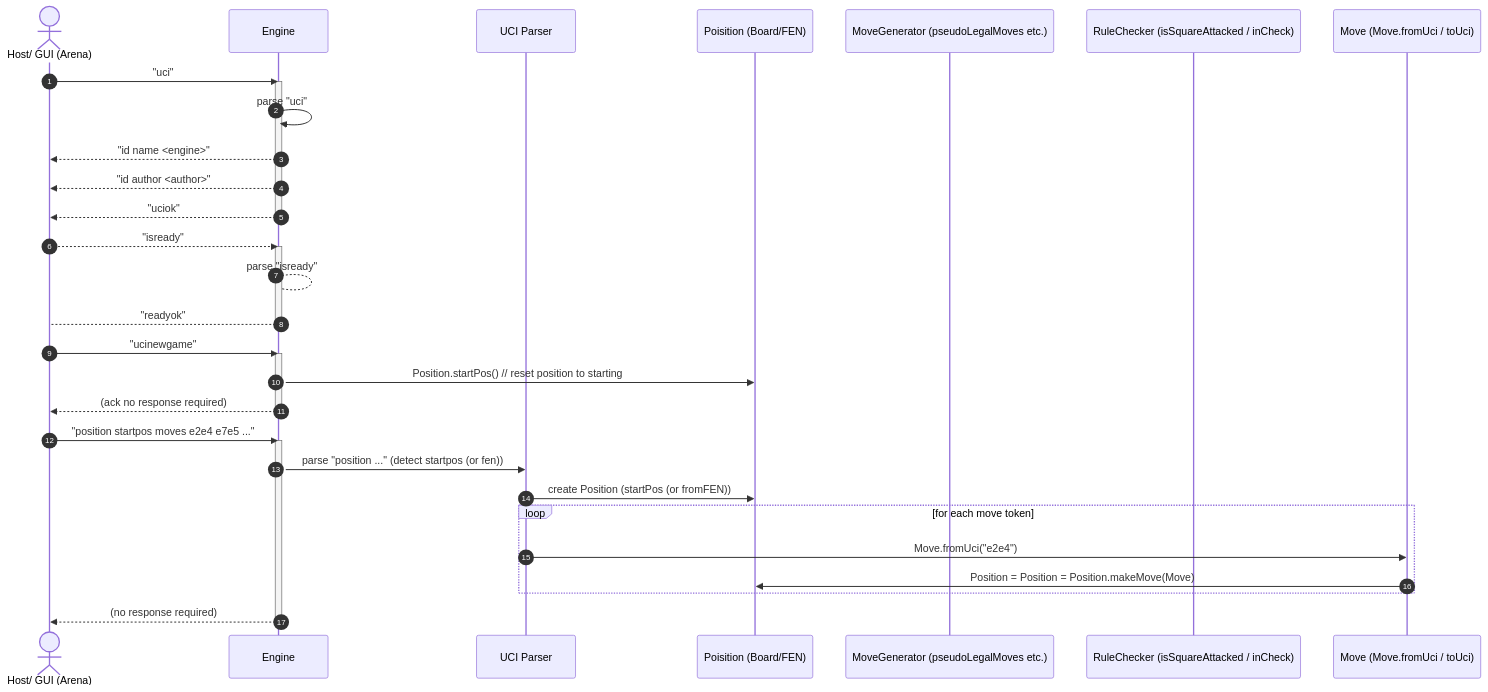
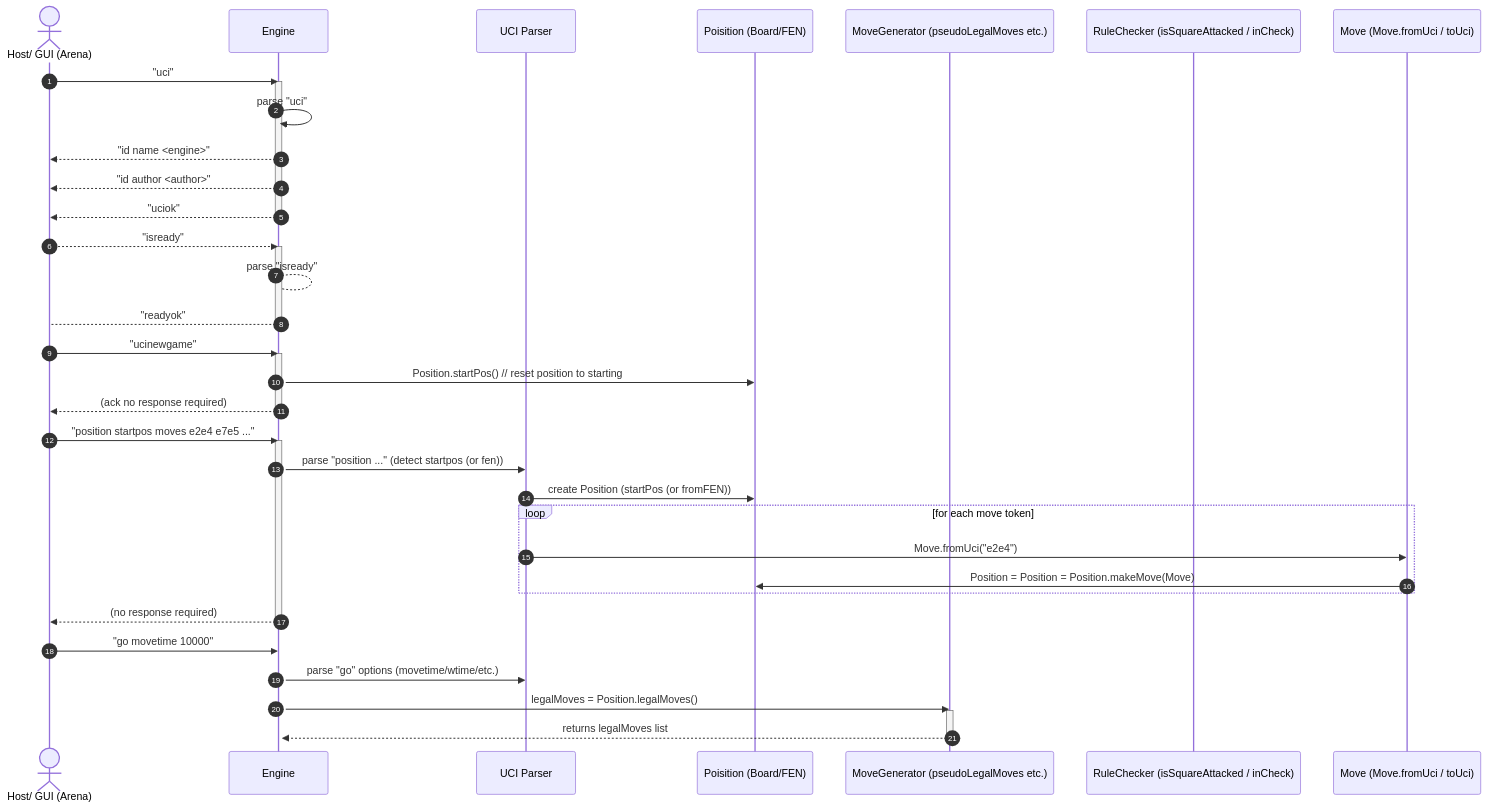
The diagram in README.md (mnavarrete347/ChessGPT4), drawn with Mermaid before and after one commit.

````diff
--- a/README.md
+++ b/README.md
@@ -6,43 +6,52 @@
 ```mermaid
 sequenceDiagram
     autonumber
     actor Host as Host/ GUI (Arena)
     participant Engine as Engine
     participant Parser as UCI Parser
     participant Position as Poisition (Board/FEN)
     participant MoveGen as MoveGenerator (pseudoLegalMoves etc.)
     participant Rule as RuleChecker (isSquareAttacked / inCheck)
     participant MoveObj as Move (Move.fromUci / toUci)
 
     
     Host ->> Engine: "uci"
     activate Engine
     Engine ->> Engine: parse "uci"
     Engine -->> Host: "id name <engine>"
     Engine -->> Host: "id author <author>"
     Engine -->> Host: "uciok"
     deactivate Engine
     Host -->> Engine: "isready"
     activate Engine
     Engine --> Engine: parse "isready"
     Engine --> Host: "readyok"
     deactivate Engine
 
     Host ->> Engine: "ucinewgame"
     activate Engine
     Engine ->> Position: Position.startPos() // reset position to starting
     Engine -->> Host: (ack no response required)
     deactivate Engine
 
     Host ->> Engine: "position startpos moves e2e4 e7e5 ..."
     activate Engine
     Engine ->> Parser: parse "position ..." (detect startpos (or fen))
     Parser ->> Position: create Position (startPos (or fromFEN))
     loop for each move token
         Parser ->> MoveObj: Move.fromUci("e2e4")
         MoveObj ->> Position: Position = Position = Position.makeMove(Move)
     end
     Engine -->> Host: (no response required)
     deactivate Engine
 
+    Host ->> Engine: "go movetime 10000"
+    activate Engine
+    Engine ->> Parser: parse "go" options (movetime/wtime/etc.)
+    Engine ->> MoveGen: legalMoves = Position.legalMoves()
+    activate MoveGen
+    MoveGen -->> Engine: returns legalMoves list
+    deactivate MoveGen
+
+
 ```
````
